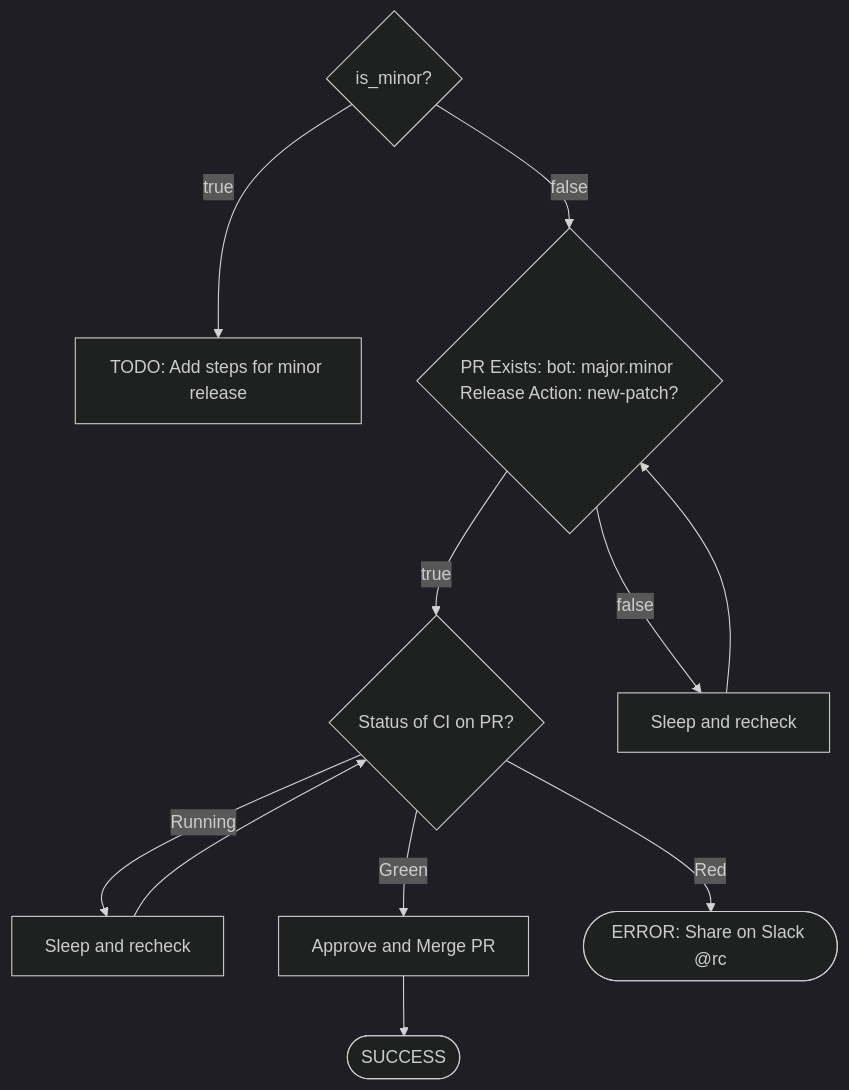
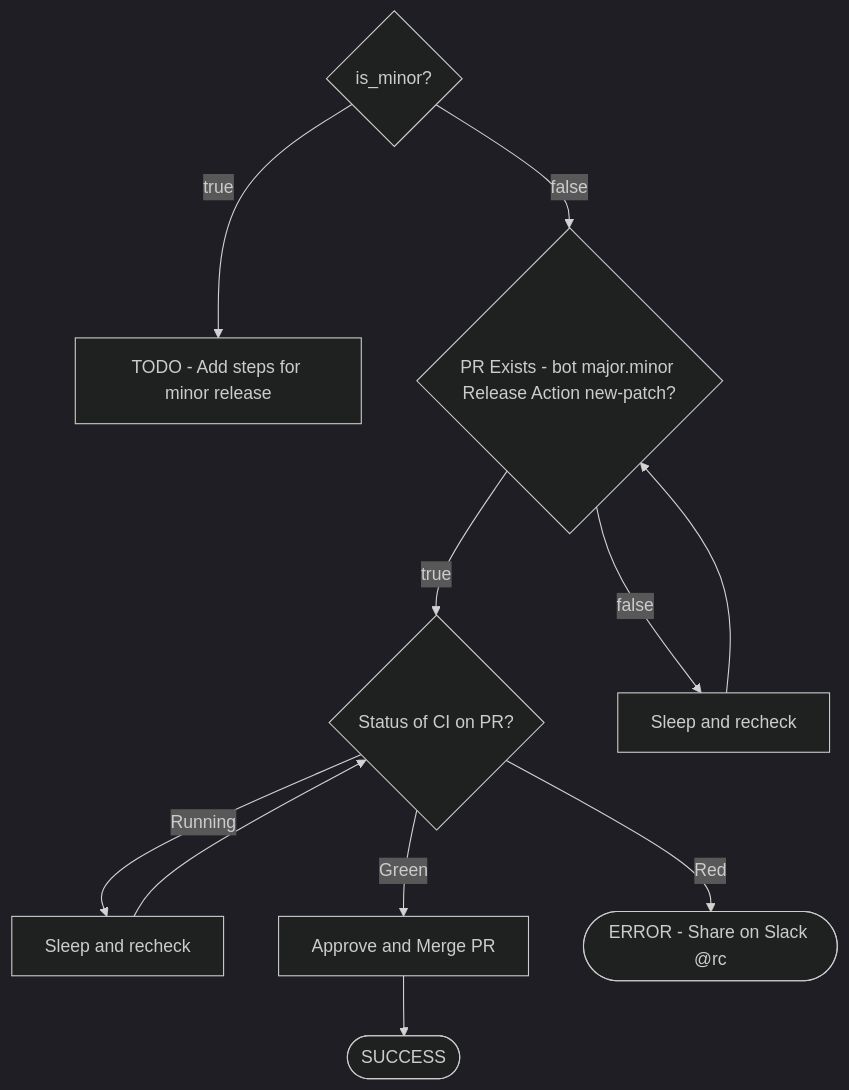
One commit to theakshaypant/osp-rc-tools changed the second of 20 diagrams in cra/Release Steps.md. Above: the diagram before and after it, drawn with Mermaid (dark theme). The commit also changed other lines of this file, not shown here.

Commit message:
docs(CRA): vibed missing steps

````diff
--- a/cra/Release Steps.md
+++ b/cra/Release Steps.md
@@ -73,18 +71,18 @@
 ```mermaid
 flowchart TD
     check_is_minor{is_minor?}
 
-    check_is_minor -->|true| minor[TODO: Add steps for minor release]
-    check_is_minor -->|false| pr_exists{"PR Exists: bot: major.minor Release Action: new-patch?"}
+    check_is_minor -->|true| minor[TODO - Add steps for minor release]
+    check_is_minor -->|false| pr_exists{"PR Exists - bot major.minor Release Action new-patch?"}
 
     pr_exists -->|true| check_ci_status{Status of CI on PR?}
     pr_exists -->|false| wait_pr[Sleep and recheck]
     wait_pr --> pr_exists
 
     check_ci_status -->|Running| wait_ci[Sleep and recheck]
     wait_ci --> check_ci_status
     check_ci_status -->|Green| merge[Approve and Merge PR]
-    check_ci_status -->|Red| ERROR([ERROR: Share on Slack @rc])
+    check_ci_status -->|Red| ERROR([ERROR - Share on Slack @rc])
 
     merge --> SUCCESS([SUCCESS])
 ```
````
